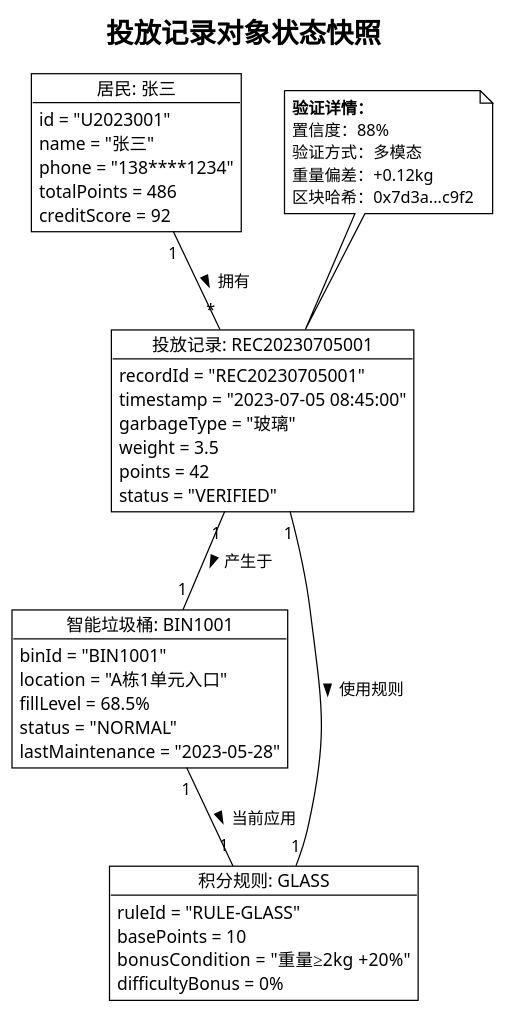
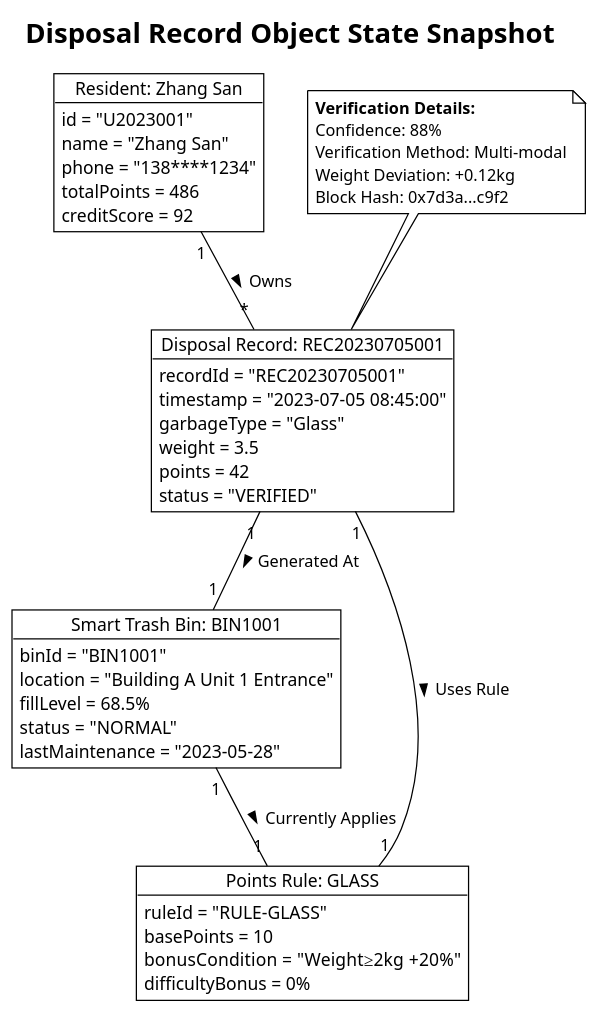
One commit to YangShengzhou03/EcoSorter changed the fourth of 4 diagrams in README.en.md. Above: the diagram before and after it, drawn with PlantUML. The commit also changed other lines of this file, not shown here.

````diff
--- a/README.en.md
+++ b/README.en.md
@@ -360,51 +360,51 @@
 ```plantuml
 @startuml
 !theme plain
-title 投放记录对象状态快照
+title Disposal Record Object State Snapshot
 
-object "居民: 张三" as user {
+object "Resident: Zhang San" as user {
   id = "U2023001"
-  name = "张三"
+  name = "Zhang San"
   phone = "138****1234"
   totalPoints = 486
   creditScore = 92
 }
 
-object "智能垃圾桶: BIN1001" as bin {
+object "Smart Trash Bin: BIN1001" as bin {
   binId = "BIN1001"
-  location = "A栋1单元入口"
+  location = "Building A Unit 1 Entrance"
   fillLevel = 68.5%
   status = "NORMAL"
   lastMaintenance = "2023-05-28"
 }
 
-object "投放记录: REC20230705001" as record {
+object "Disposal Record: REC20230705001" as record {
   recordId = "REC20230705001"
   timestamp = "2023-07-05 08:45:00"
-  garbageType = "玻璃"
+  garbageType = "Glass"
   weight = 3.5
   points = 42
   status = "VERIFIED"
 }
 
-object "积分规则: GLASS" as rule {
+object "Points Rule: GLASS" as rule {
   ruleId = "RULE-GLASS"
   basePoints = 10
-  bonusCondition = "重量≥2kg +20%"
+  bonusCondition = "Weight≥2kg +20%"
   difficultyBonus = 0%
 }
 
-user "1" -- "*" record : 拥有 >
-record "1" -- "1" bin : 产生于 >
-record "1" -- "1" rule : 使用规则 >
-bin "1" -- "1" rule : 当前应用 >
+user "1" -- "*" record : Owns >
+record "1" -- "1" bin : Generated At >
+record "1" -- "1" rule : Uses Rule >
+bin "1" -- "1" rule : Currently Applies >
 
 note top of record
-  <b>验证详情：</b>
-  置信度：88%
-  验证方式：多模态
-  重量偏差：+0.12kg
-  区块哈希：0x7d3a...c9f2
+  <b>Verification Details:</b>
+  Confidence: 88%
+  Verification Method: Multi-modal
+  Weight Deviation: +0.12kg
+  Block Hash: 0x7d3a...c9f2
 end note
 @enduml
 ```
````
